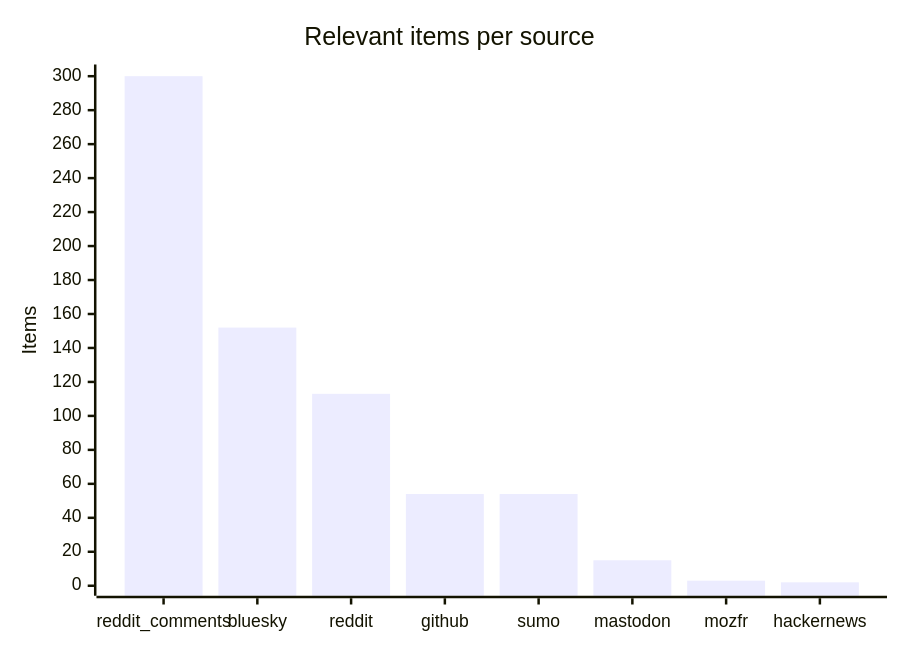
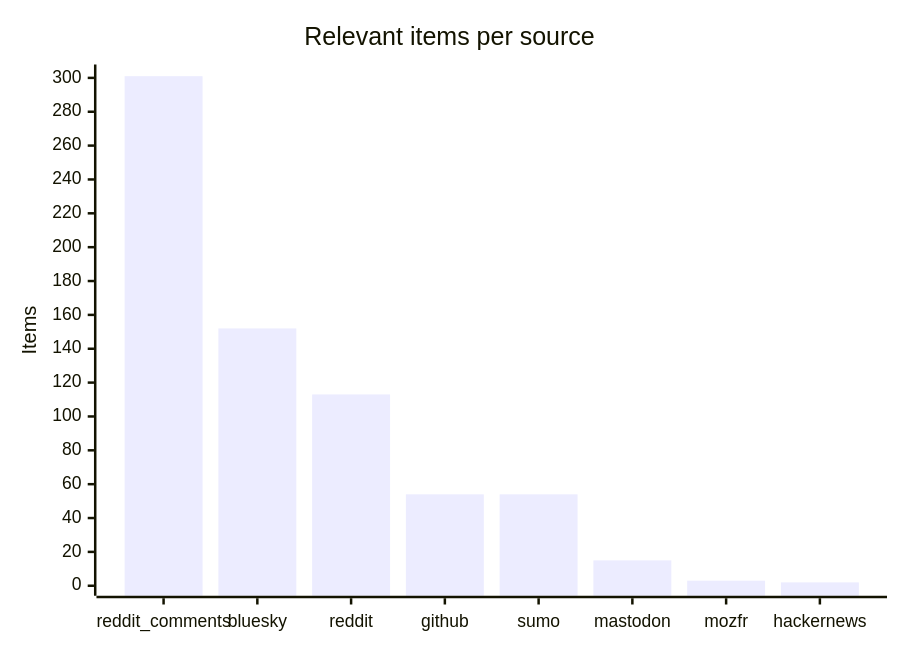
Before and after one commit to martinbalfanz/social-scanner-reports: the third of 4 diagrams in README.md, drawn with Mermaid. The commit also changed other lines of this file and 4 other files, not shown here.

````diff
--- a/README.md
+++ b/README.md
@@ -48,7 +48,7 @@
 ```mermaid
 xychart-beta
     title "Relevant items per source"
     x-axis ["reddit_comments", "bluesky", "reddit", "github", "sumo", "mastodon", "mozfr", "hackernews"]
-    y-axis "Items" 0 --> 301
-    bar [300, 152, 113, 54, 54, 15, 3, 2]
+    y-axis "Items" 0 --> 302
+    bar [301, 152, 113, 54, 54, 15, 3, 2]
 ```
````
